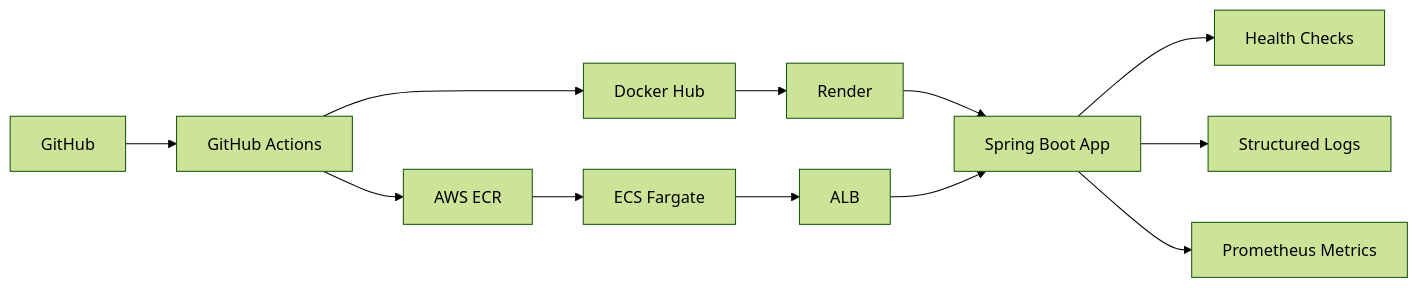
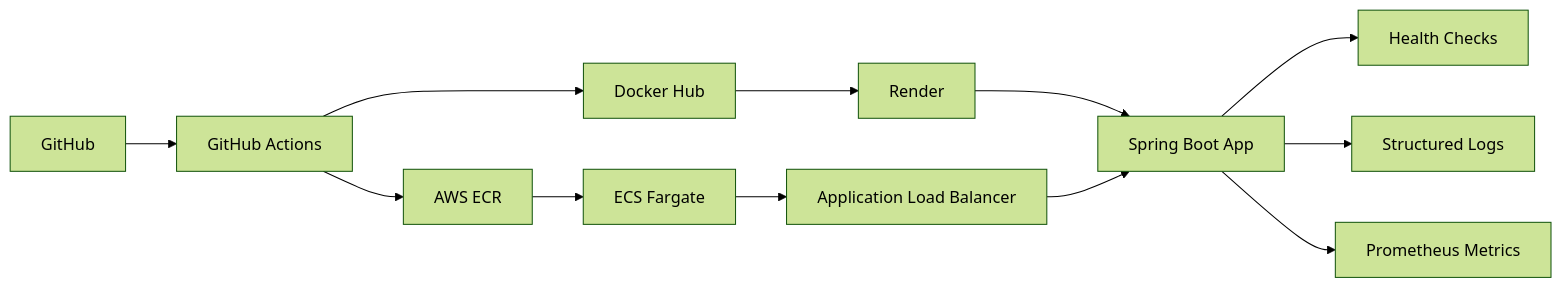
One commit to gauri2029/iucat changed the diagram in README.md. Above: the diagram before and after it, drawn with Mermaid (forest theme). The commit also changed other lines of this file, not shown here.

````diff
--- a/README.md
+++ b/README.md
@@ -16,14 +75,14 @@
 ```mermaid
 graph LR
     A[GitHub] --> B[GitHub Actions]
     B --> C[Docker Hub]
     B --> D[AWS ECR]
     C --> E[Render]
     D --> F[ECS Fargate]
     E --> G[Spring Boot App]
-    F --> H[ALB]
+    F --> H[Application Load Balancer]
     H --> G
     G --> I[Health Checks]
     G --> J[Structured Logs]
     G --> K[Prometheus Metrics]
 ```
````
